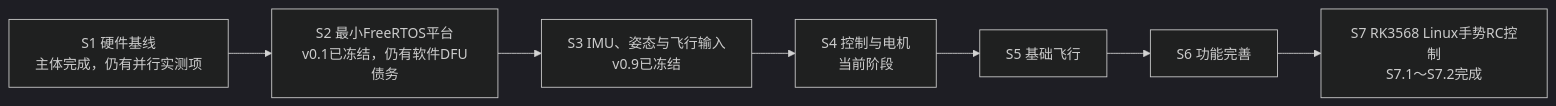
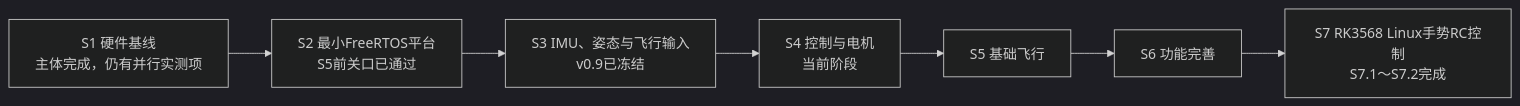
Before and after one commit to weiguang0423/getfun-f722-freertos: the diagram in Docs/00_项目开发路线与统一进度.md, drawn with Mermaid (dark theme). The commit also changed other lines of this file and 13 other files, not shown here.

````diff
--- a/Docs/00_项目开发路线与统一进度.md
+++ b/Docs/00_项目开发路线与统一进度.md
@@ -98,12 +98,12 @@
 ```mermaid
 flowchart LR
     S1["S1 硬件基线<br/>主体完成，仍有并行实测项"]
-    S2["S2 最小FreeRTOS平台<br/>v0.1已冻结，仍有软件DFU债务"]
+    S2["S2 最小FreeRTOS平台<br/>S5前关口已通过"]
     S3["S3 IMU、姿态与飞行输入<br/>v0.9已冻结"]
     S4["S4 控制与电机<br/>当前阶段"]
     S5["S5 基础飞行"]
     S6["S6 功能完善"]
     S7["S7 RK3568 Linux手势RC控制<br/>S7.1～S7.2完成"]
 
     S1 --> S2 --> S3 --> S4 --> S5 --> S6 --> S7
 ```
````
